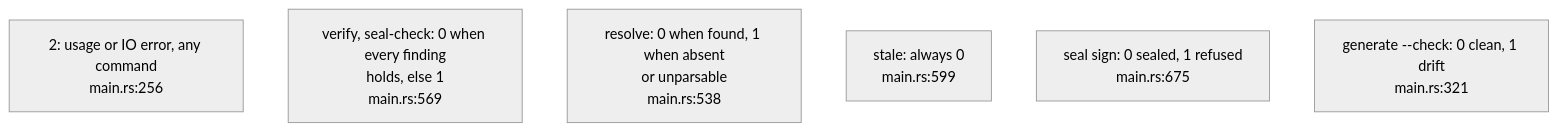
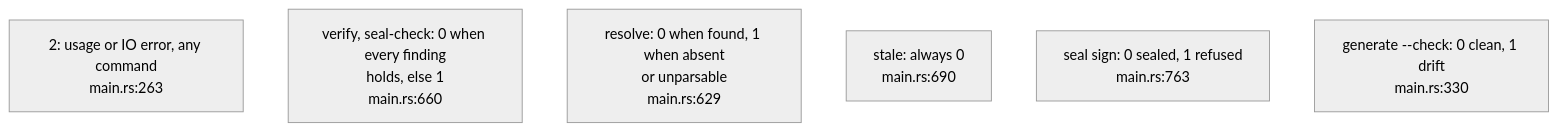
The fourth of 4 diagrams in docs/diagrams/sealmap/16-the-seal-commands.md (DreamLab-AI/VisionFlow), drawn with Mermaid (neutral theme) before and after one commit. The commit also changed other lines of this file and 59 other files, not shown here.

First line of the commit message:
docs(diagrams): re-derive and re-stamp forum, website, pod, ontomark and sealmap topics

````diff
--- a/docs/diagrams/sealmap/16-the-seal-commands.md
+++ b/docs/diagrams/sealmap/16-the-seal-commands.md
@@ -150,9 +154,9 @@
 ```mermaid
 flowchart TB
-    E2["2: usage or IO error, any command<br/>main.rs:256"]
-    V["verify, seal-check: 0 when every finding<br/>holds, else 1<br/>main.rs:569"]
-    R["resolve: 0 when found, 1 when absent<br/>or unparsable<br/>main.rs:538"]
-    S["stale: always 0<br/>main.rs:599"]
-    G["seal sign: 0 sealed, 1 refused<br/>main.rs:675"]
-    C["generate --check: 0 clean, 1 drift<br/>main.rs:321"]
+    E2["2: usage or IO error, any command<br/>main.rs:263"]
+    V["verify, seal-check: 0 when every finding<br/>holds, else 1<br/>main.rs:660"]
+    R["resolve: 0 when found, 1 when absent<br/>or unparsable<br/>main.rs:629"]
+    S["stale: always 0<br/>main.rs:690"]
+    G["seal sign: 0 sealed, 1 refused<br/>main.rs:763"]
+    C["generate --check: 0 clean, 1 drift<br/>main.rs:330"]
 ```
````
